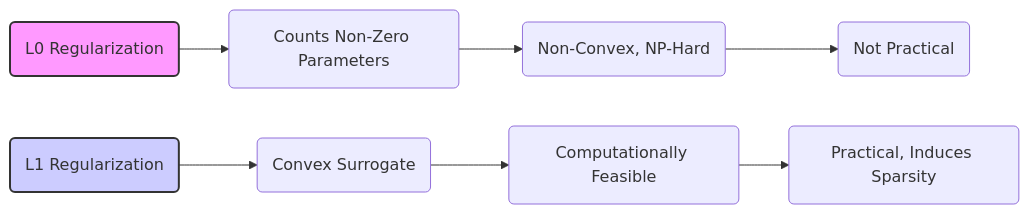
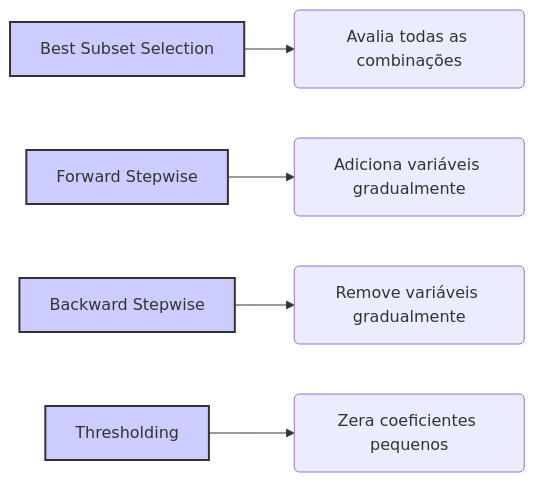
The second of 3 diagrams in 01. Linear Regression/01. Key Themes/03. Sparsity.md (diegomrodrigues/statistical_learning_notes), drawn with Mermaid before and after one commit. The commit also changed other lines of this file and 1 other file, not shown here.

````diff
--- a/01. Linear Regression/01. Key Themes/03. Sparsity.md
+++ b/01. Linear Regression/01. Key Themes/03. Sparsity.md
@@ -70,11 +235,11 @@
 ```mermaid
 graph LR
-    A("L0 Regularization") --> B("Counts Non-Zero Parameters");
-    B --> C("Non-Convex, NP-Hard");
-    D("L1 Regularization") --> E("Convex Surrogate");
-    E --> F("Computationally Feasible");
-    C --> G("Not Practical");
-    F --> H("Practical, Induces Sparsity");
-    style A fill:#f9f,stroke:#333,stroke-width:2px
-    style D fill:#ccf,stroke:#333,stroke-width:2px
+    A[Best Subset Selection] --> B(Avalia todas as combinações);
+    C[Forward Stepwise] --> D(Adiciona variáveis gradualmente);
+    E[Backward Stepwise] --> F(Remove variáveis gradualmente);
+    G[Thresholding] --> H(Zera coeficientes pequenos);
+    style A fill:#ccf,stroke:#333,stroke-width:2px
+     style C fill:#ccf,stroke:#333,stroke-width:2px
+      style E fill:#ccf,stroke:#333,stroke-width:2px
+       style G fill:#ccf,stroke:#333,stroke-width:2px
 ```
````
